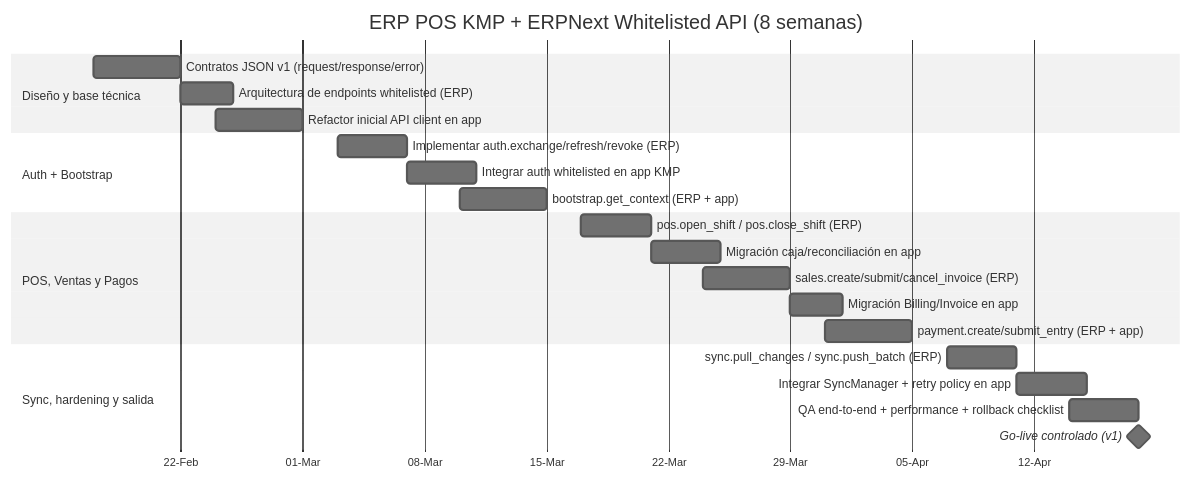
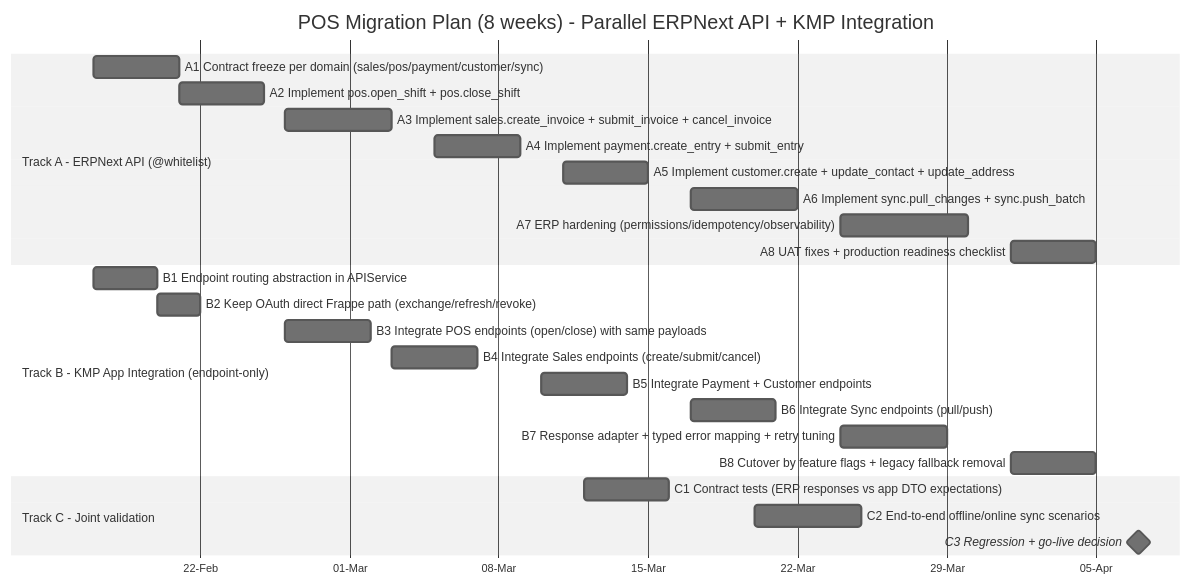
One commit to Star-DreamDev/BlackPOS changed the diagram in docs/modulos_cronograma_api_whitelisted.md. Above: the diagram before and after it, drawn with Mermaid (neutral theme). The commit also changed other lines of this file, not shown here.

Commit message:
docs: refine 8-week parallel gantt and keep auth on direct frappe endpoints

````diff
--- a/docs/modulos_cronograma_api_whitelisted.md
+++ b/docs/modulos_cronograma_api_whitelisted.md
@@ -30,29 +49,31 @@
 ```mermaid
 gantt
-    title ERP POS KMP + ERPNext Whitelisted API (8 semanas)
+    title POS Migration Plan (8 weeks) - Parallel ERPNext API + KMP Integration
     dateFormat  YYYY-MM-DD
     axisFormat  %d-%b
 
-    section Diseño y base técnica
-    Contratos JSON v1 (request/response/error)         :a1, 2026-02-17, 5d
-    Arquitectura de endpoints whitelisted (ERP)        :a2, after a1, 3d
-    Refactor inicial API client en app                 :a3, 2026-02-24, 5d
+    section Track A - ERPNext API (@whitelist)
+    A1 Contract freeze per domain (sales/pos/payment/customer/sync)     :a1, 2026-02-17, 4d
+    A2 Implement pos.open_shift + pos.close_shift                       :a2, after a1, 4d
+    A3 Implement sales.create_invoice + submit_invoice + cancel_invoice :a3, 2026-02-26, 5d
+    A4 Implement payment.create_entry + submit_entry                    :a4, 2026-03-05, 4d
+    A5 Implement customer.create + update_contact + update_address      :a5, 2026-03-11, 4d
+    A6 Implement sync.pull_changes + sync.push_batch                    :a6, 2026-03-17, 5d
+    A7 ERP hardening (permissions/idempotency/observability)            :a7, 2026-03-24, 6d
+    A8 UAT fixes + production readiness checklist                        :a8, 2026-04-01, 4d
 
-    section Auth + Bootstrap
-    Implementar auth.exchange/refresh/revoke (ERP)     :b1, 2026-03-03, 4d
-    Integrar auth whitelisted en app KMP               :b2, after b1, 4d
-    bootstrap.get_context (ERP + app)                  :b3, 2026-03-10, 5d
+    section Track B - KMP App Integration (endpoint-only)
+    B1 Endpoint routing abstraction in APIService                        :b1, 2026-02-17, 3d
+    B2 Keep OAuth direct Frappe path (exchange/refresh/revoke)          :b2, after b1, 2d
+    B3 Integrate POS endpoints (open/close) with same payloads          :b3, 2026-02-26, 4d
+    B4 Integrate Sales endpoints (create/submit/cancel)                 :b4, 2026-03-03, 4d
+    B5 Integrate Payment + Customer endpoints                           :b5, 2026-03-10, 4d
+    B6 Integrate Sync endpoints (pull/push)                             :b6, 2026-03-17, 4d
+    B7 Response adapter + typed error mapping + retry tuning            :b7, 2026-03-24, 5d
+    B8 Cutover by feature flags + legacy fallback removal               :b8, 2026-04-01, 4d
 
-    section POS, Ventas y Pagos
-    pos.open_shift / pos.close_shift (ERP)             :c1, 2026-03-17, 4d
-    Migración caja/reconciliación en app               :c2, after c1, 4d
-    sales.create/submit/cancel_invoice (ERP)           :c3, 2026-03-24, 5d
-    Migración Billing/Invoice en app                   :c4, after c3, 3d
-    payment.create/submit_entry (ERP + app)            :c5, 2026-03-31, 5d
-
-    section Sync, hardening y salida
-    sync.pull_changes / sync.push_batch (ERP)          :d1, 2026-04-07, 4d
-    Integrar SyncManager + retry policy en app         :d2, after d1, 4d
-    QA end-to-end + performance + rollback checklist   :d3, 2026-04-14, 4d
-    Go-live controlado (v1)                            :milestone, d4, 2026-04-18, 0d
+    section Track C - Joint validation
+    C1 Contract tests (ERP responses vs app DTO expectations)           :c1, 2026-03-12, 4d
+    C2 End-to-end offline/online sync scenarios                         :c2, 2026-03-20, 5d
+    C3 Regression + go-live decision                                    :milestone, c3, 2026-04-07, 0d
 ```
````
